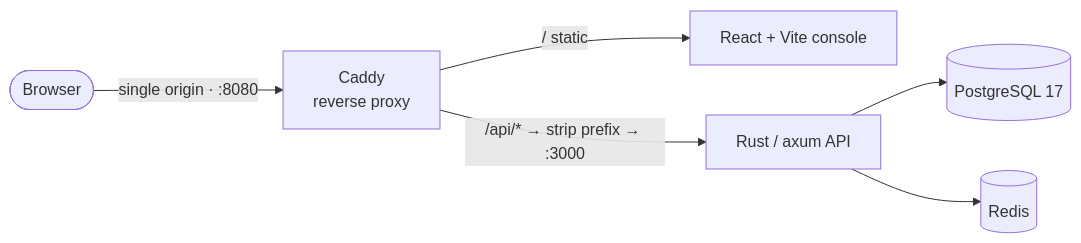
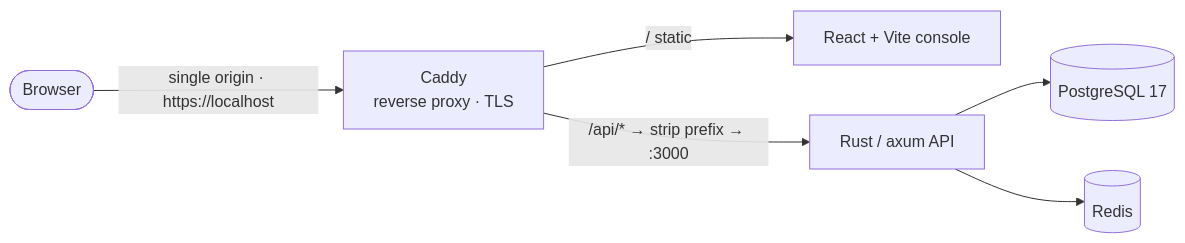
Before and after one commit to Zoel-Manchon/aegis-zero-trust: the first of 3 diagrams in README.md, drawn with Mermaid. The commit also changed other lines of this file and 55 other files, not shown here.

````diff
--- a/README.md
+++ b/README.md
@@ -51,8 +57,8 @@
 ```mermaid
 flowchart LR
-    U([Browser]) -->|single origin · :8080| CADDY[Caddy<br/>reverse proxy]
+    U([Browser]) -->|single origin · https://localhost| CADDY[Caddy<br/>reverse proxy · TLS]
     CADDY -->|/ static| WEB[React + Vite console]
     CADDY -->|/api/* → strip prefix → :3000| API[Rust / axum API]
     API --> PG[(PostgreSQL 17)]
     API --> REDIS[(Redis)]
 ```
````
